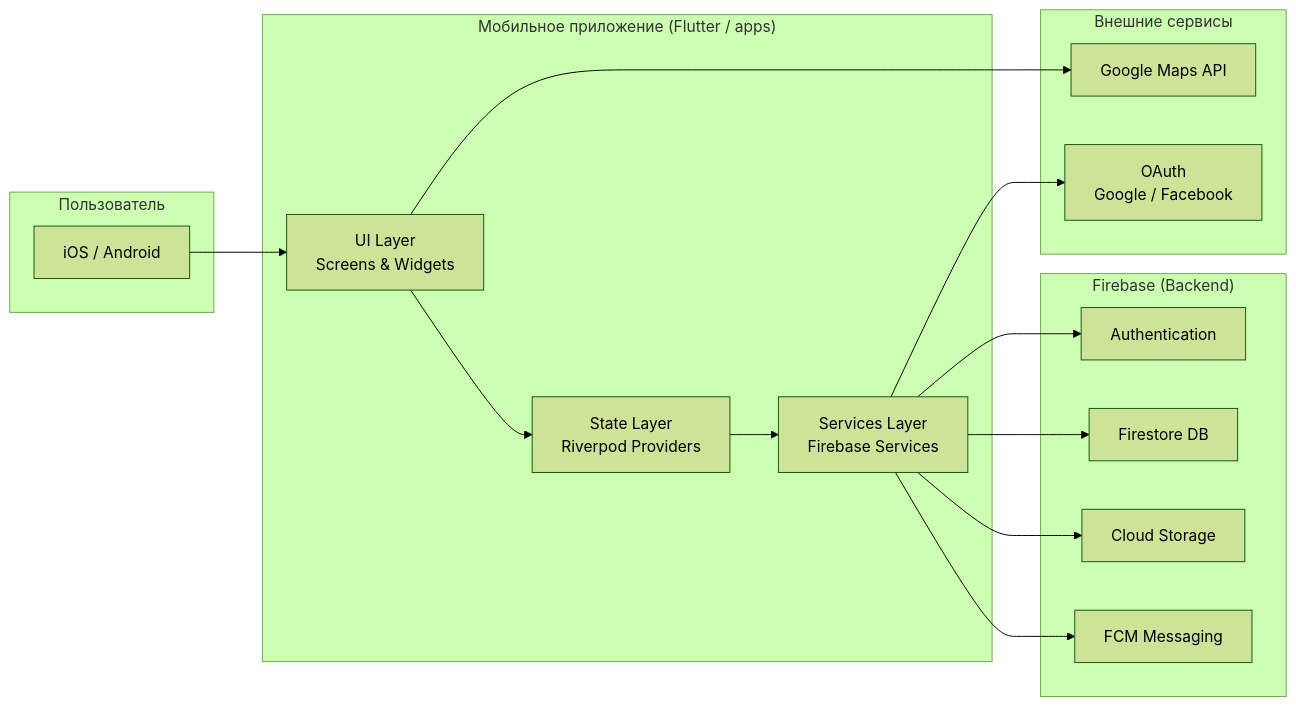
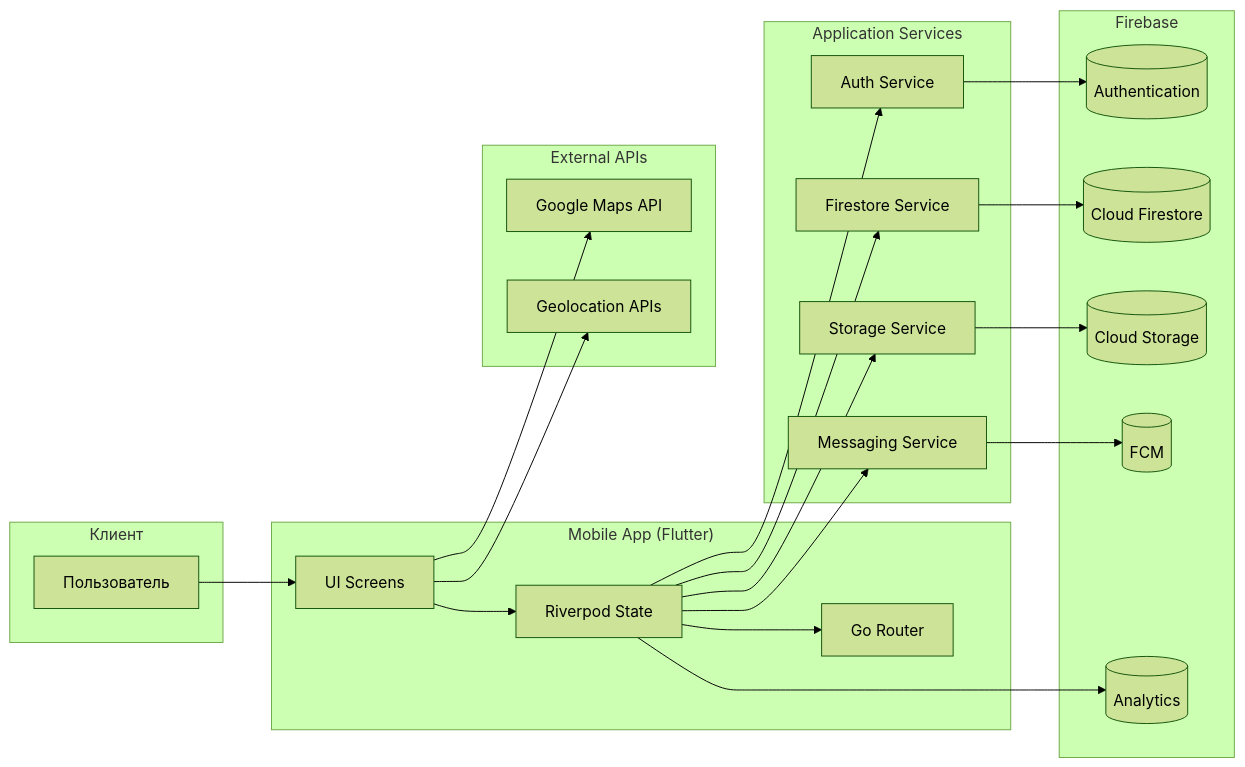
Before and after one commit to Zero-Logic-Education/HobbyHub: the diagram in README.md, drawn with Mermaid (forest theme). The commit also changed other lines of this file and 2 other files, not shown here.

````diff
--- a/README.md
+++ b/README.md
@@ -52,34 +55,47 @@
 ```mermaid
 flowchart LR
-    subgraph Client["Пользователь"]
-        User["iOS / Android"]
-    end
+	subgraph Client["Клиент"]
+		User["Пользователь"]
+	end
 
-    subgraph App["Мобильное приложение (Flutter / apps)"]
-        UI["UI Layer\nScreens & Widgets"]
-        Providers["State Layer\nRiverpod Providers"]
-        Services["Services Layer\nFirebase Services"]
-        UI --> Providers
-        Providers --> Services
-    end
+	subgraph App["Mobile App (Flutter)"]
+		UI["UI Screens"]
+		State["Riverpod State"]
+		Router["Go Router"]
+		UI --> State
+		State --> Router
+	end
 
-    subgraph Firebase["Firebase (Backend)"]
-        Auth["Authentication"]
-        Firestore["Firestore DB"]
-        Storage["Cloud Storage"]
-        Messaging["FCM Messaging"]
-    end
+	subgraph Services["Application Services"]
+		AuthSvc["Auth Service"]
+		FirestoreSvc["Firestore Service"]
+		StorageSvc["Storage Service"]
+		MessagingSvc["Messaging Service"]
+	end
 
-    subgraph External["Внешние сервисы"]
-        GMaps["Google Maps API"]
-        OAuth["OAuth\nGoogle / Facebook"]
-    end
+	subgraph Firebase["Firebase"]
+		Auth[("Authentication")]
+		DB[("Cloud Firestore")]
+		Files[("Cloud Storage")]
+		Push[("FCM")]
+		Analytics[("Analytics")]
+	end
 
-    User --> UI
-    Services --> Auth
-    Services --> Firestore
-    Services --> Storage
-    Services --> Messaging
-    UI --> GMaps
-    Services --> OAuth
+	subgraph External["External APIs"]
+		Maps["Google Maps API"]
+		Geo["Geolocation APIs"]
+	end
+
+	User --> UI
+	State --> AuthSvc
+	State --> FirestoreSvc
+	State --> StorageSvc
+	State --> MessagingSvc
+	AuthSvc --> Auth
+	FirestoreSvc --> DB
+	StorageSvc --> Files
+	MessagingSvc --> Push
+	State --> Analytics
+	UI --> Maps
+	UI --> Geo
 ```
````
